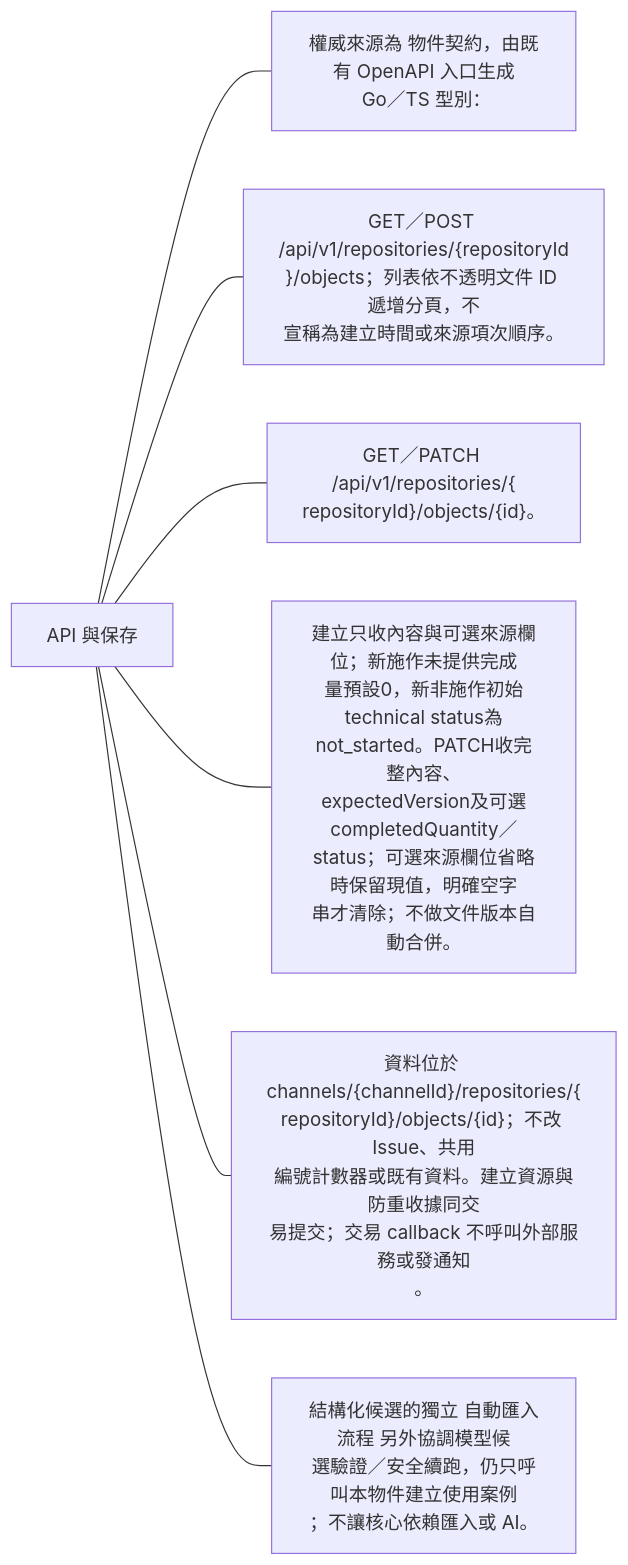
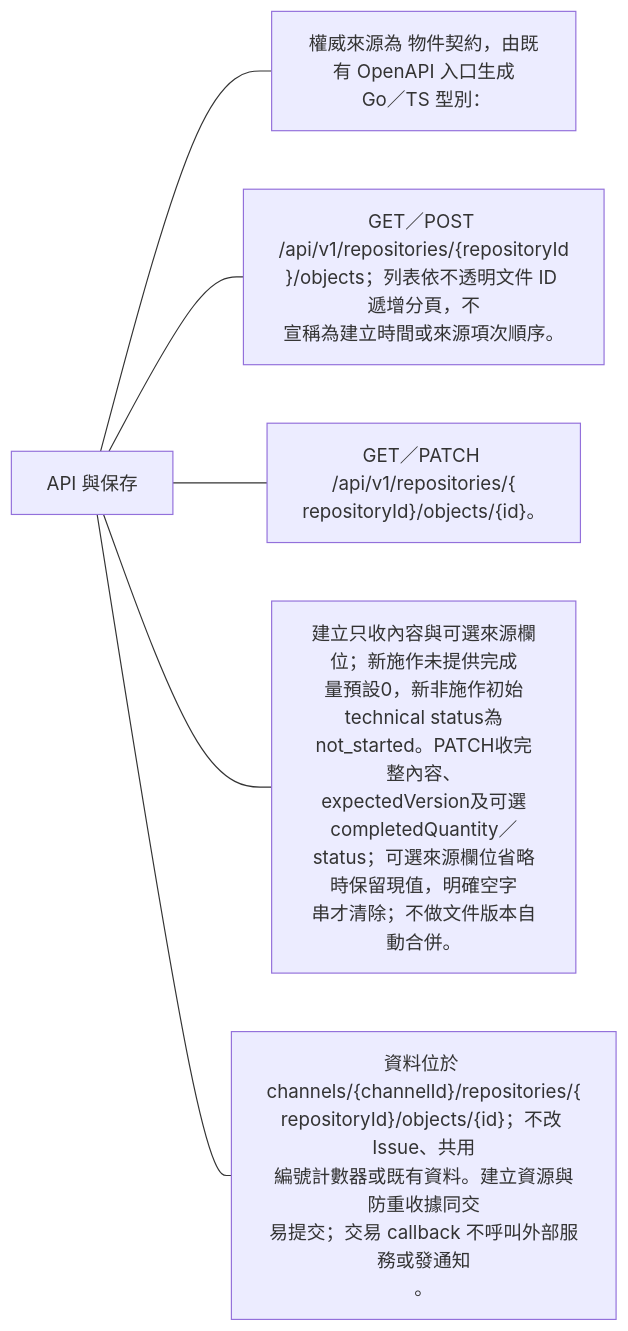
One commit to 963sup/line-mini-app-bot changed the seventh of 8 diagrams in docs/domains/object/design.md. Above: the diagram before and after it, drawn with Mermaid. The commit also changed other lines of this file and 100 other files, not shown here.

````diff
--- a/docs/domains/object/design.md
+++ b/docs/domains/object/design.md
@@ -59,12 +58,10 @@
 ```mermaid
 flowchart LR
   h["API 與保存"]
   h --- n0["權威來源為 物件契約，由既有 OpenAPI 入口生成<br/> Go／TS 型別："]
   click n0 "../../../api/contract/object/objects.yaml"
   h --- n1["GET／POST /api/v1/repositories/{repositoryId<br/>}/objects；列表依不透明文件 ID 遞增分頁，不<br/>宣稱為建立時間或來源項次順序。"]
   h --- n2["GET／PATCH /api/v1/repositories/{<br/>repositoryId}/objects/{id}。"]
   h --- n3["建立只收內容與可選來源欄位；新施作未提供完成<br/>量預設0，新非施作初始technical status為<br/>not_started。PATCH收完整內容、<br/>expectedVersion及可選completedQuantity／<br/>status；可選來源欄位省略時保留現值，明確空字<br/>串才清除；不做文件版本自動合併。"]
   h --- n4["資料位於 channels/{channelId}/repositories/{<br/>repositoryId}/objects/{id}；不改 Issue、共用<br/>編號計數器或既有資料。建立資源與防重收據同交<br/>易提交；交易 callback 不呼叫外部服務或發通知<br/>。"]
-  h --- n5["結構化候選的獨立 自動匯入流程 另外協調模型候<br/>選驗證／安全續跑，仍只呼叫本物件建立使用案例<br/>；不讓核心依賴匯入或 AI。"]
-  click n5 "../objectimport/design.md"
 ```
````
